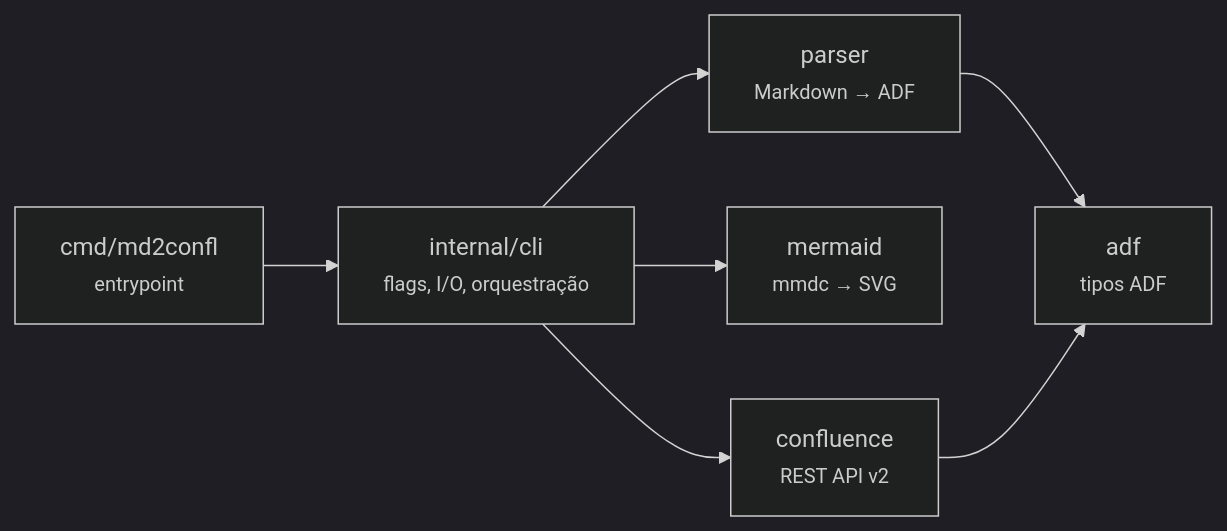
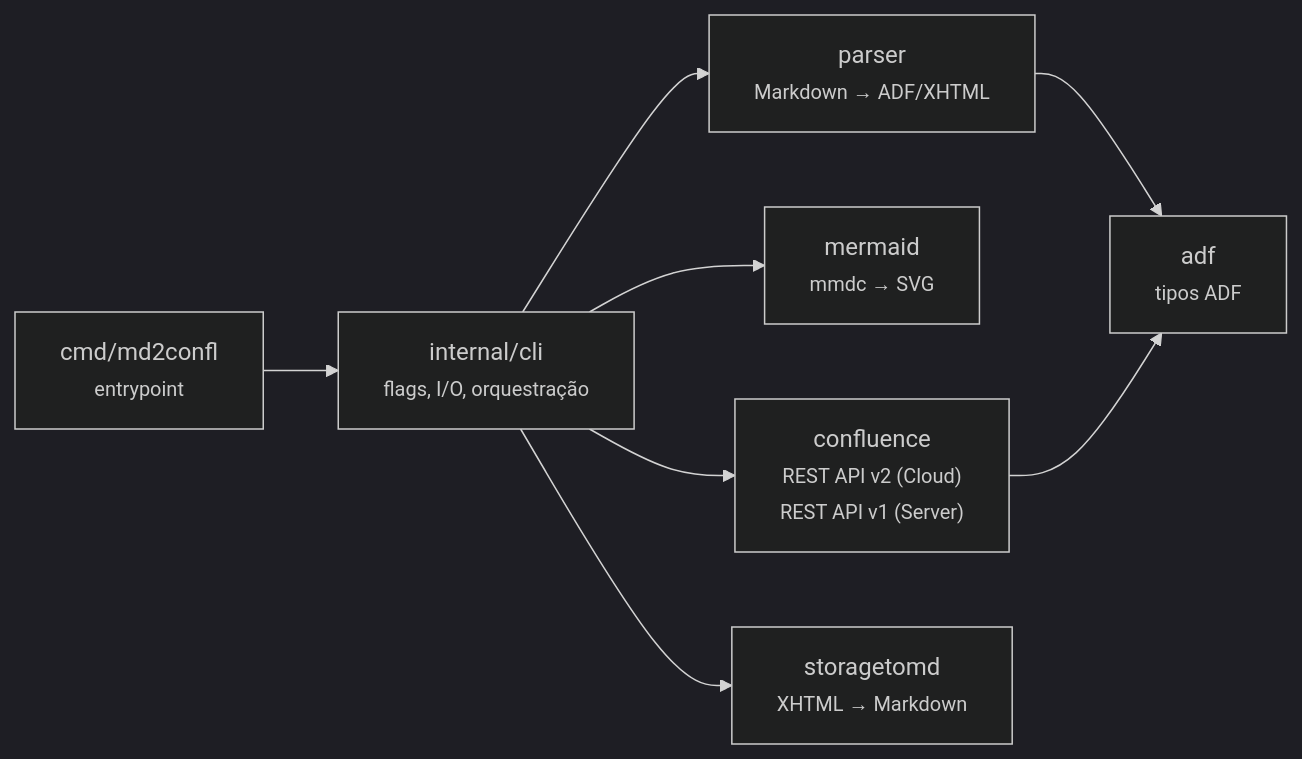
One commit to fmnapoli/md2confl changed the first of 2 diagrams in README.md. Above: the diagram before and after it, drawn with Mermaid (dark theme). The commit also changed other lines of this file and 3 other files, not shown here.

````diff
--- a/README.md
+++ b/README.md
@@ -40,16 +44,18 @@
 ```mermaid
 graph LR
     main["cmd/md2confl<br/><small>entrypoint</small>"]
     cli["internal/cli<br/><small>flags, I/O, orquestração</small>"]
-    parser["parser<br/><small>Markdown → ADF</small>"]
+    parser["parser<br/><small>Markdown → ADF/XHTML</small>"]
     mermaid["mermaid<br/><small>mmdc → SVG</small>"]
-    confluence["confluence<br/><small>REST API v2</small>"]
+    confluence["confluence<br/><small>REST API v2 (Cloud)<br/>REST API v1 (Server)</small>"]
     adf["adf<br/><small>tipos ADF</small>"]
+    storagetomd["storagetomd<br/><small>XHTML → Markdown</small>"]
 
     main --> cli
     cli --> parser
     cli --> mermaid
     cli --> confluence
+    cli --> storagetomd
     parser --> adf
     confluence --> adf
 ```
````
